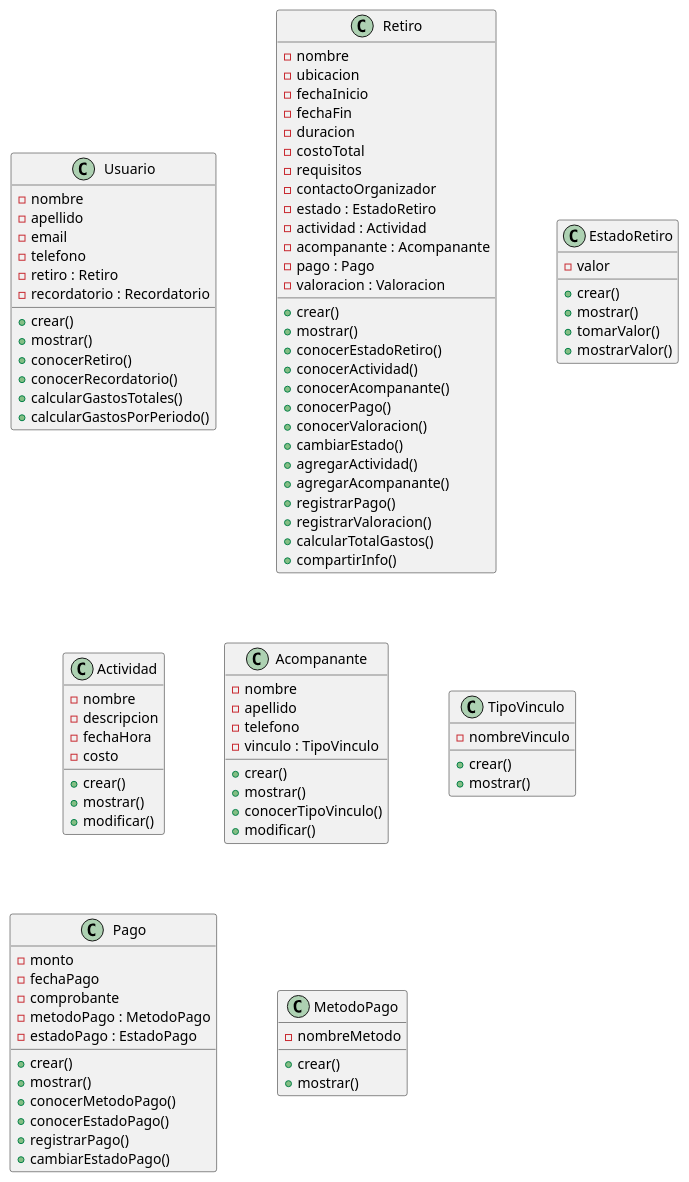
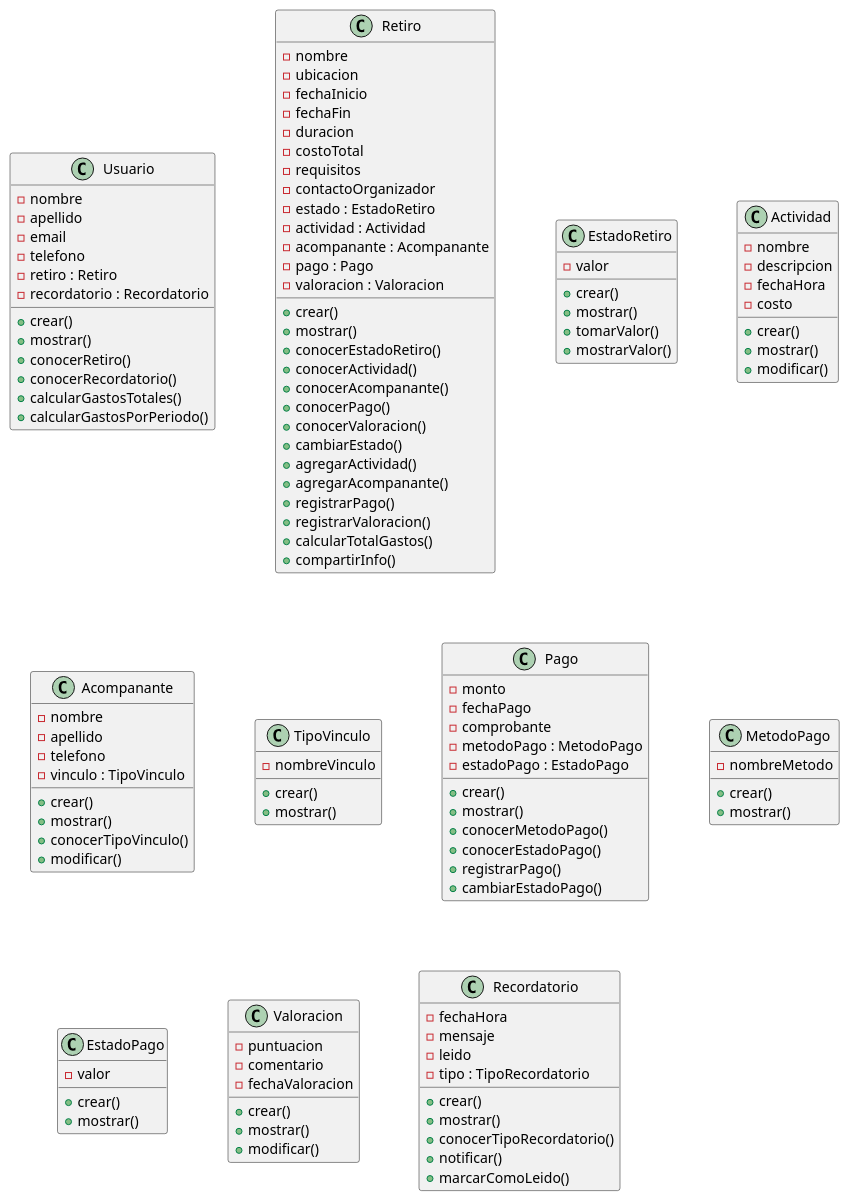
Before and after one commit to Luca-Tittarelli/tpi-asi: the diagram in retiro.puml, drawn with PlantUML.

Commit message:
Agregar clases EstadoPago, Valoracion y Recordatorio

```diff
--- a/retiro.puml
+++ b/retiro.puml
@@ -1,104 +1,131 @@
 @startuml Retiros
 
 skinparam linetype ortho
 skinparam nodesep 60
 skinparam ranksep 70
 
 class Usuario {
   - nombre
   - apellido
   - email
   - telefono
   - retiro : Retiro
   - recordatorio : Recordatorio
   + crear()
   + mostrar()
   + conocerRetiro()
   + conocerRecordatorio()
   + calcularGastosTotales()
   + calcularGastosPorPeriodo()
 }
 
 class Retiro {
   - nombre
   - ubicacion
   - fechaInicio
   - fechaFin
   - duracion
   - costoTotal
   - requisitos
   - contactoOrganizador
   - estado : EstadoRetiro
   - actividad : Actividad
   - acompanante : Acompanante
   - pago : Pago
   - valoracion : Valoracion
   + crear()
   + mostrar()
   + conocerEstadoRetiro()
   + conocerActividad()
   + conocerAcompanante()
   + conocerPago()
   + conocerValoracion()
   + cambiarEstado()
   + agregarActividad()
   + agregarAcompanante()
   + registrarPago()
   + registrarValoracion()
   + calcularTotalGastos()
   + compartirInfo()
 }
 class EstadoRetiro {
   - valor
   + crear()
   + mostrar()
   + tomarValor()
   + mostrarValor()
 }
 
 class Actividad {
   - nombre
   - descripcion
   - fechaHora
   - costo
   + crear()
   + mostrar()
   + modificar()
 }
 
 class Acompanante {
   - nombre
   - apellido
   - telefono
   - vinculo : TipoVinculo
   + crear()
   + mostrar()
   + conocerTipoVinculo()
   + modificar()
 }
 class TipoVinculo {
   - nombreVinculo
   + crear()
   + mostrar()
 }
 
 class Pago {
   - monto
   - fechaPago
   - comprobante
   - metodoPago : MetodoPago
   - estadoPago : EstadoPago
   + crear()
   + mostrar()
   + conocerMetodoPago()
   + conocerEstadoPago()
   + registrarPago()
   + cambiarEstadoPago()
 }
 
 class MetodoPago {
   - nombreMetodo
   + crear()
   + mostrar()
 }
+
+class EstadoPago {
+  - valor
+  + crear()
+  + mostrar()
+}
+
+class Valoracion {
+  - puntuacion
+  - comentario
+  - fechaValoracion
+  + crear()
+  + mostrar()
+  + modificar()
+}
+
+class Recordatorio {
+  - fechaHora
+  - mensaje
+  - leido
+  - tipo : TipoRecordatorio
+  + crear()
+  + mostrar()
+  + conocerTipoRecordatorio()
+  + notificar()
+  + marcarComoLeido()
+}
 @enduml
```
